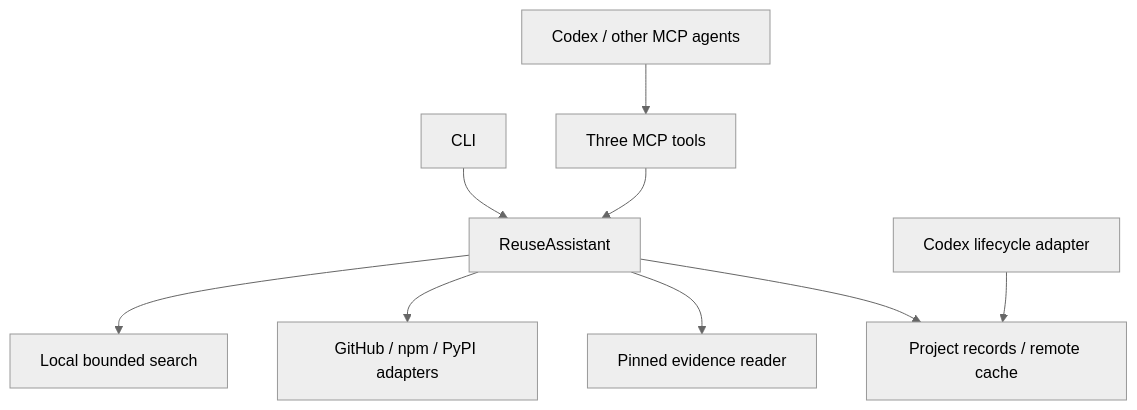
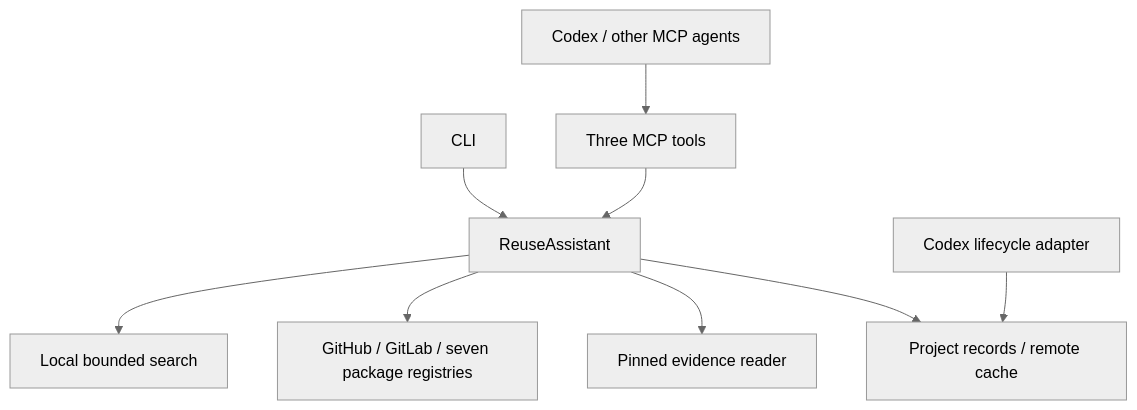
The diagram in docs/ARCHITECTURE.md (tianxiashan294-design/reuse-assistant), drawn with Mermaid (neutral theme) before and after one commit. The commit also changed other lines of this file and 29 other files, not shown here.

````diff
--- a/docs/ARCHITECTURE.md
+++ b/docs/ARCHITECTURE.md
@@ -5,11 +5,11 @@
 ```mermaid
 flowchart TD
   Agent[Codex / other MCP agents] --> MCP[Three MCP tools]
   CLI[CLI] --> Core[ReuseAssistant]
   MCP --> Core
   Core --> Local[Local bounded search]
-  Core --> Sources[GitHub / npm / PyPI adapters]
+  Core --> Sources[GitHub / GitLab / seven package registries]
   Core --> Evidence[Pinned evidence reader]
   Core --> Store[Project records / remote cache]
   Hooks[Codex lifecycle adapter] --> Store
 ```
````
